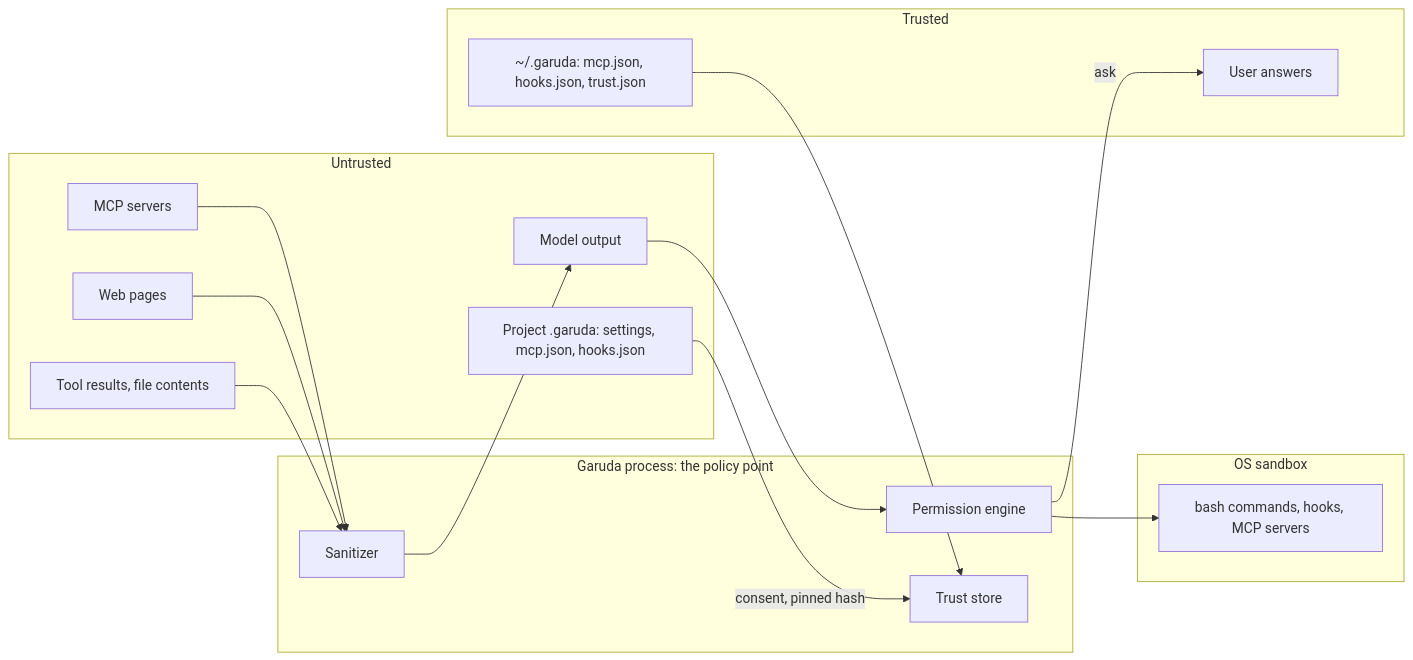
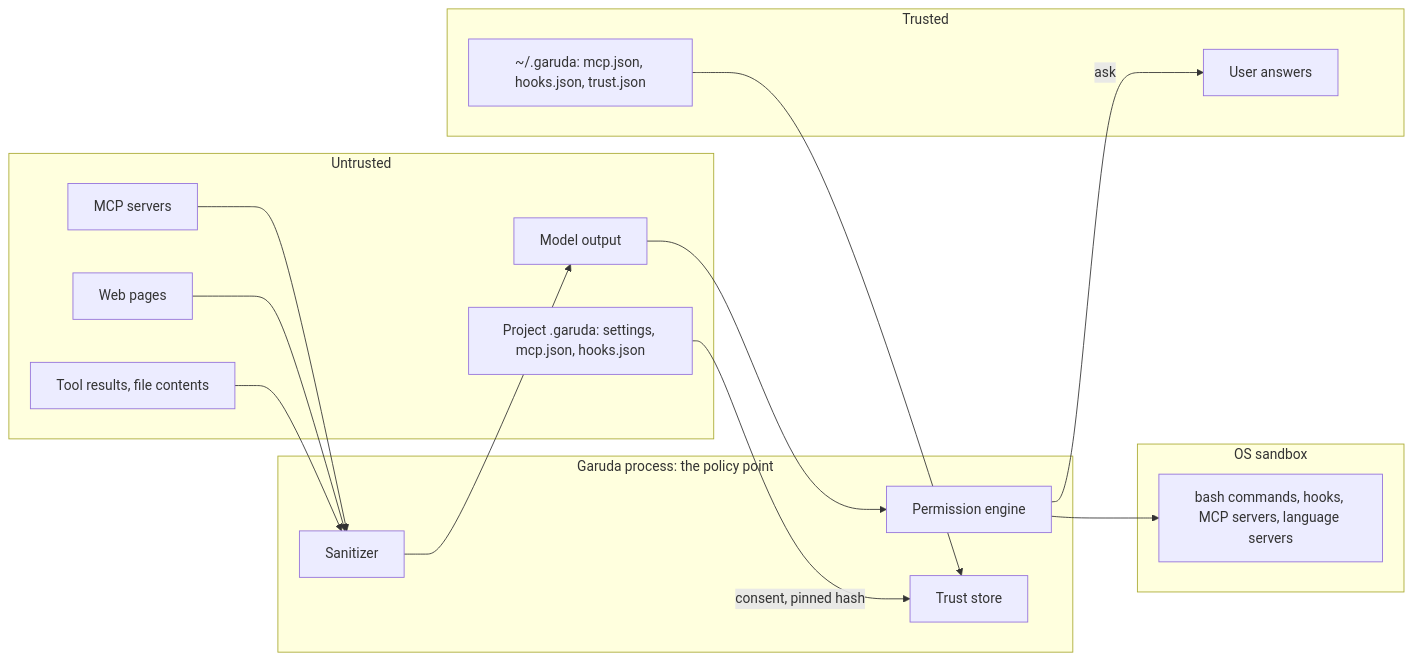
Before and after one commit to madhu-sv/garuda: the third of 3 diagrams in docs/architecture.md, drawn with Mermaid. The commit also changed other lines of this file and 39 other files, not shown here.

````diff
--- a/docs/architecture.md
+++ b/docs/architecture.md
@@ -132,31 +133,31 @@
 ```mermaid
 flowchart LR
   subgraph Trusted
     U[User answers]
     UC[~/.garuda: mcp.json, hooks.json, trust.json]
   end
   subgraph Garuda[Garuda process: the policy point]
     PE[Permission engine]
     TS[Trust store]
     SAN[Sanitizer]
   end
   subgraph Untrusted
     M[Model output]
     PC[Project .garuda: settings, mcp.json, hooks.json]
     MS[MCP servers]
     WP[Web pages]
     TR[Tool results, file contents]
   end
   subgraph OS[OS sandbox]
-    CMD[bash commands, hooks, MCP servers]
+    CMD[bash commands, hooks, MCP servers, language servers]
   end
   M --> PE
   PE -->|ask| U
   PC -->|consent, pinned hash| TS
   UC --> TS
   PE --> CMD
   MS --> SAN
   WP --> SAN
   TR --> SAN
   SAN --> M
 ```
````
